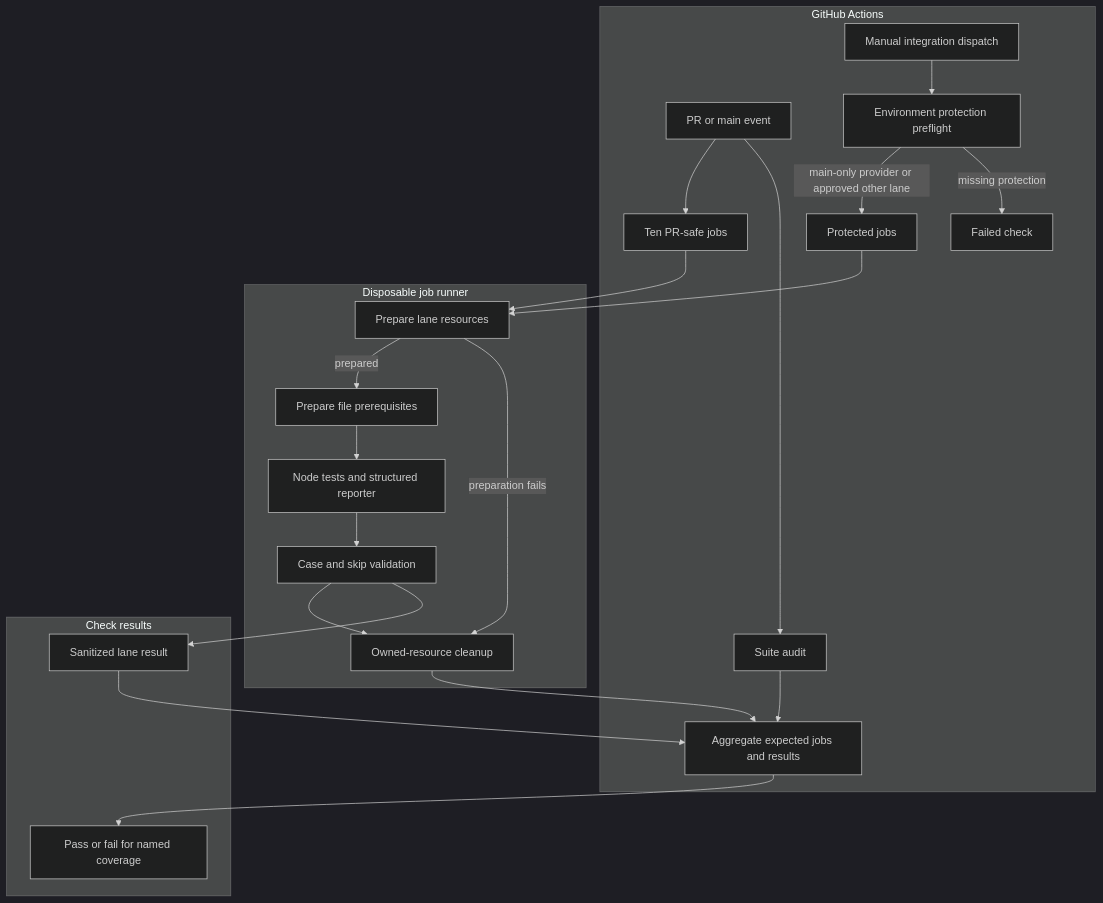
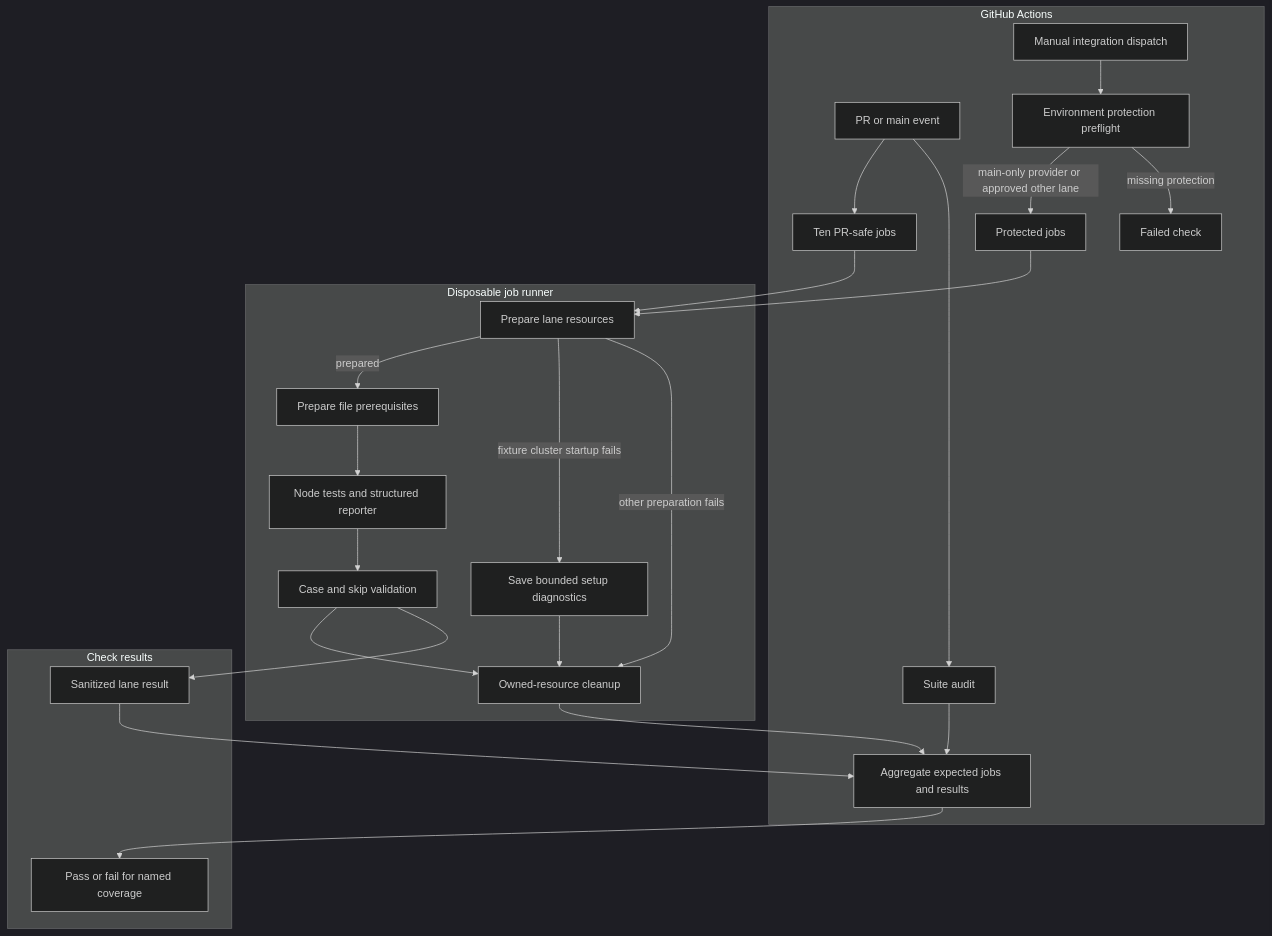
Before and after one commit to openclaw/openclaw-enterprise: the diagram in docs/flows/github-actions-testing.md, drawn with Mermaid (dark theme). The commit also changed other lines of this file and 202 other files, not shown here.

Commit message:
Rename experimental Backends and retain k3d startup diagnostics

````diff
--- a/docs/flows/github-actions-testing.md
+++ b/docs/flows/github-actions-testing.md
@@ -21,26 +21,28 @@
 ```mermaid
 graph TD
   subgraph Actions["GitHub Actions"]
     A["PR or main event"] --> B["Ten PR-safe jobs"]
     A --> N["Suite audit"]
     N --> L
     C["Manual integration dispatch"] --> D["Environment protection preflight"]
     D -->|main-only provider or approved other lane| E["Protected jobs"]
     D -->|missing protection| X["Failed check"]
   end
   subgraph Runner["Disposable job runner"]
     B --> F["Prepare lane resources"]
     E --> F
     F -->|prepared| G["Prepare file prerequisites"]
     G --> H["Node tests and structured reporter"]
     H --> I["Case and skip validation"]
-    F -->|preparation fails| J["Owned-resource cleanup"]
+    F -->|fixture cluster startup fails| P["Save bounded setup diagnostics"]
+    P --> J["Owned-resource cleanup"]
+    F -->|other preparation fails| J
     I --> J
   end
   subgraph Results["Check results"]
     I --> K["Sanitized lane result"]
     J --> L["Aggregate expected jobs and results"]
     K --> L
     L --> M["Pass or fail for named coverage"]
   end
 ```
````
